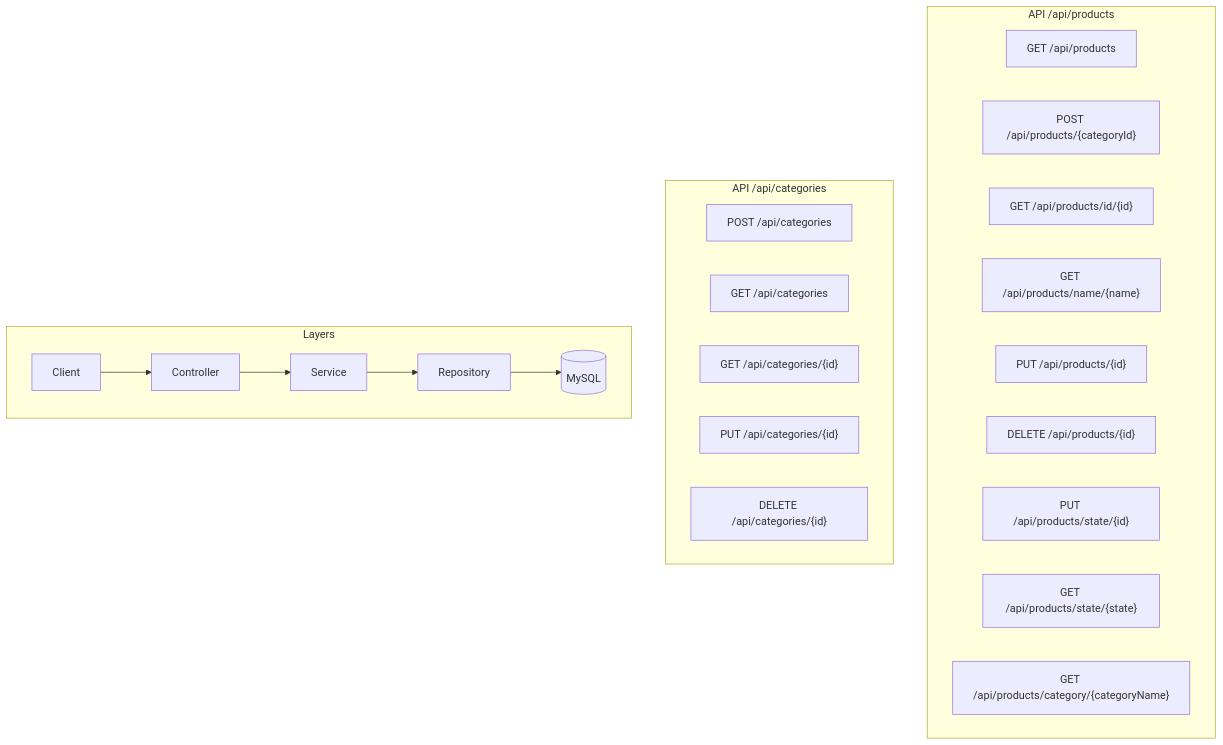
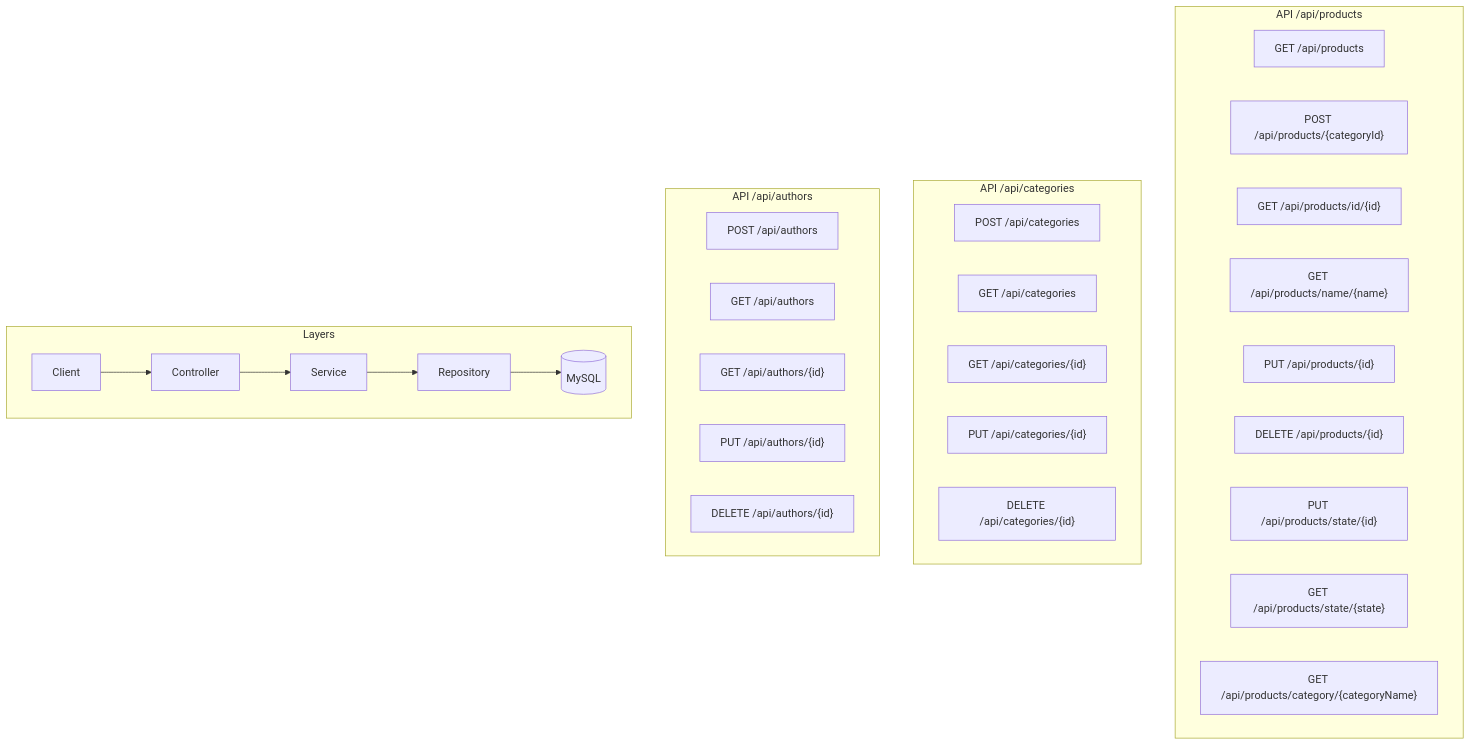
Before and after one commit to AndresGraneroSala/inventory-api: the second of 4 diagrams in README.md, drawn with Mermaid. The commit also changed other lines of this file and 12 other files, not shown here.

````diff
--- a/README.md
+++ b/README.md
@@ -107,27 +119,34 @@
 ```mermaid
 graph TD
     subgraph "API /api/products"
         GET_products["GET /api/products"]
         POST_products["POST /api/products/{categoryId}"]
         GET_product_by_id["GET /api/products/id/{id}"]
         GET_product_by_name["GET /api/products/name/{name}"]
         PUT_product["PUT /api/products/{id}"]
         DELETE_product["DELETE /api/products/{id}"]
         PUT_product_state["PUT /api/products/state/{id}"]
         GET_products_by_state["GET /api/products/state/{state}"]
         GET_products_by_category["GET /api/products/category/{categoryName}"]
     end
     subgraph "API /api/categories"
         POST_category["POST /api/categories"]
         GET_categories["GET /api/categories"]
         GET_category_by_id["GET /api/categories/{id}"]
         PUT_category["PUT /api/categories/{id}"]
         DELETE_category["DELETE /api/categories/{id}"]
     end
+    subgraph "API /api/authors"
+        POST_author["POST /api/authors"]
+        GET_authors["GET /api/authors"]
+        GET_author_by_id["GET /api/authors/{id}"]
+        PUT_author["PUT /api/authors/{id}"]
+        DELETE_author["DELETE /api/authors/{id}"]
+    end
     subgraph "Layers"
         Client --> Controller
         Controller --> Service
         Service --> Repository
         Repository --> Database[(MySQL)]
     end
 ```
````
